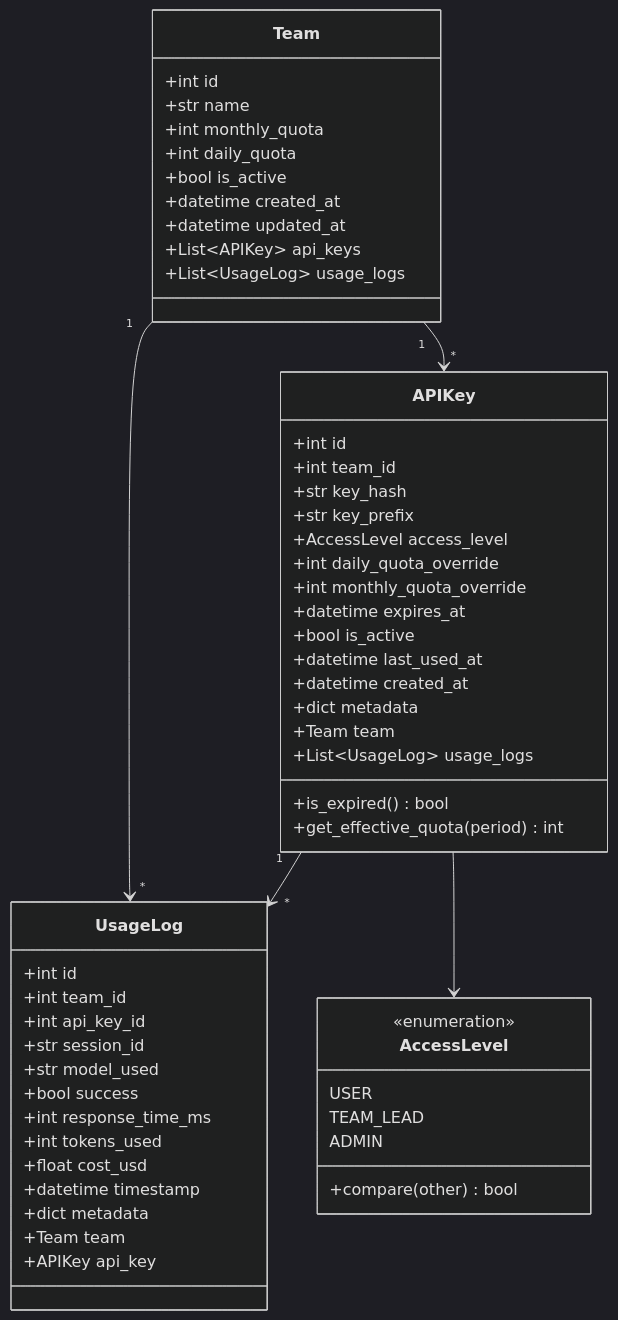
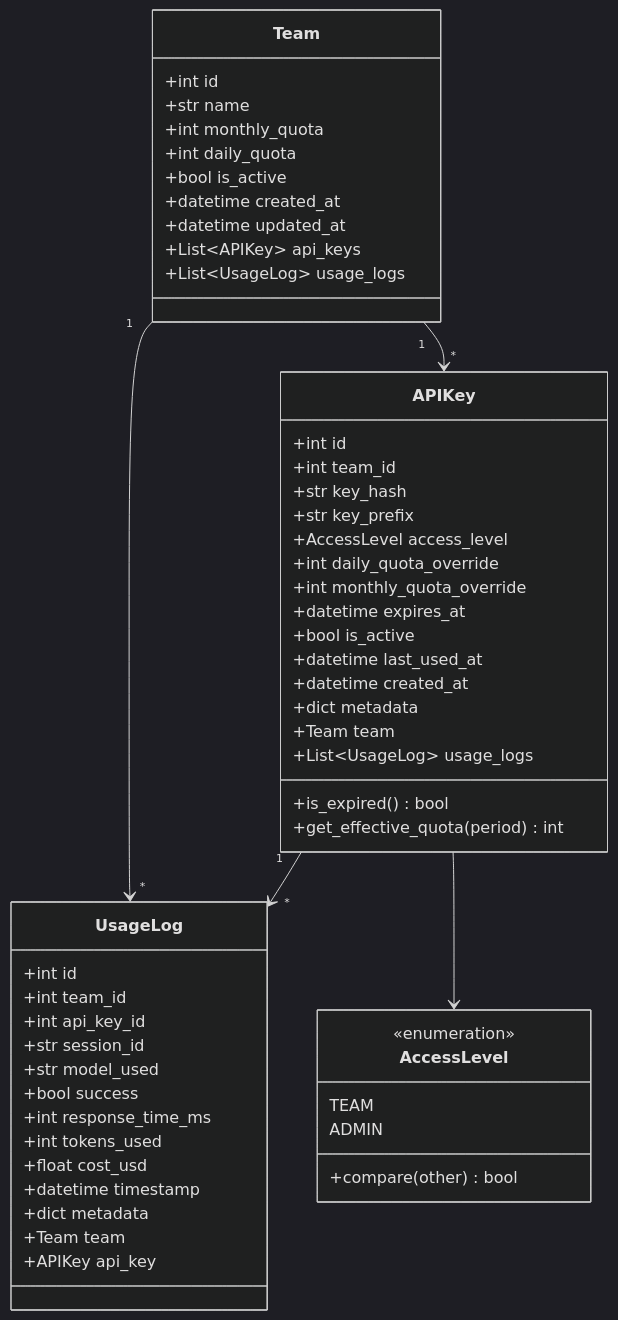
Before and after one commit to NeoHosseinism/Arash-Bot: the fourth of 20 diagrams in ARCHITECTURE.md, drawn with Mermaid (dark theme). The commit also changed other lines of this file and 11 other files, not shown here.

````diff
--- a/ARCHITECTURE.md
+++ b/ARCHITECTURE.md
@@ -234,62 +234,61 @@
 ```mermaid
 classDiagram
     class Team {
         +int id
         +str name
         +int monthly_quota
         +int daily_quota
         +bool is_active
         +datetime created_at
         +datetime updated_at
         +List~APIKey~ api_keys
         +List~UsageLog~ usage_logs
     }
 
     class APIKey {
         +int id
         +int team_id
         +str key_hash
         +str key_prefix
         +AccessLevel access_level
         +int daily_quota_override
         +int monthly_quota_override
         +datetime expires_at
         +bool is_active
         +datetime last_used_at
         +datetime created_at
         +dict metadata
         +Team team
         +List~UsageLog~ usage_logs
         +is_expired() bool
         +get_effective_quota(period) int
     }
 
     class UsageLog {
         +int id
         +int team_id
         +int api_key_id
         +str session_id
         +str model_used
         +bool success
         +int response_time_ms
         +int tokens_used
         +float cost_usd
         +datetime timestamp
         +dict metadata
         +Team team
         +APIKey api_key
     }
 
     class AccessLevel {
         <<enumeration>>
-        USER
-        TEAM_LEAD
+        TEAM
         ADMIN
         +compare(other) bool
     }
 
     Team "1" --> "*" APIKey
     Team "1" --> "*" UsageLog
     APIKey "1" --> "*" UsageLog
     APIKey --> AccessLevel
 ```
````
